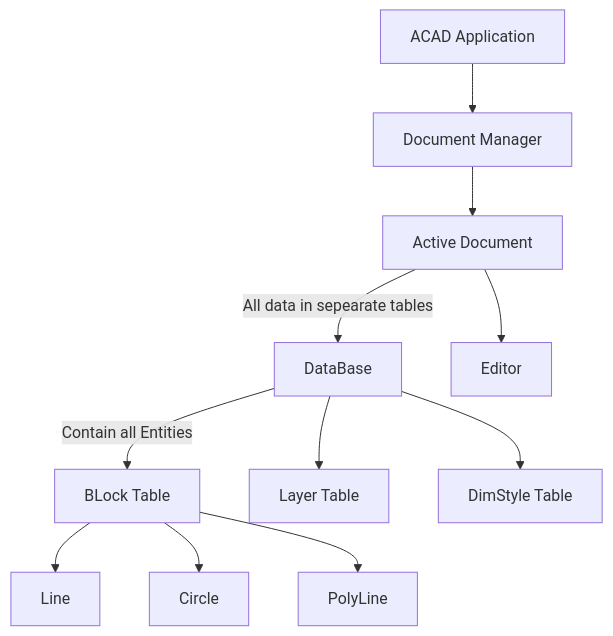
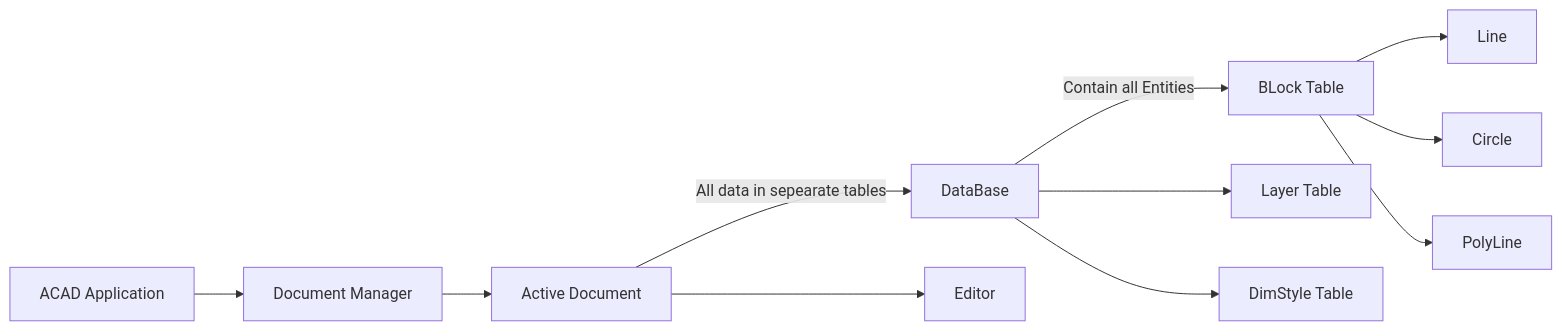
The first of 2 diagrams in Autocad/Doc/AutoCAD Object Model.md (NodesAutomations/CSharp), drawn with Mermaid before and after one commit.

Commit message:
Update AutoCAD Object Model.md

````diff
--- a/Autocad/Doc/AutoCAD Object Model.md
+++ b/Autocad/Doc/AutoCAD Object Model.md
@@ -2,13 +2,13 @@
 ```mermaid
-graph TD
+graph LR
 A[ACAD Application]-->B[Document Manager]
 B-->C[Active Document]
 C-->|All data in sepearate tables|D[DataBase]
 C-->E[Editor]
 D-->|Contain all Entities|F[BLock Table]
 D-->G[Layer Table]
 D-->H[DimStyle Table]
 F-->F1[Line]
 F-->F2[Circle]
 F-->F3[PolyLine]
 ```
````
